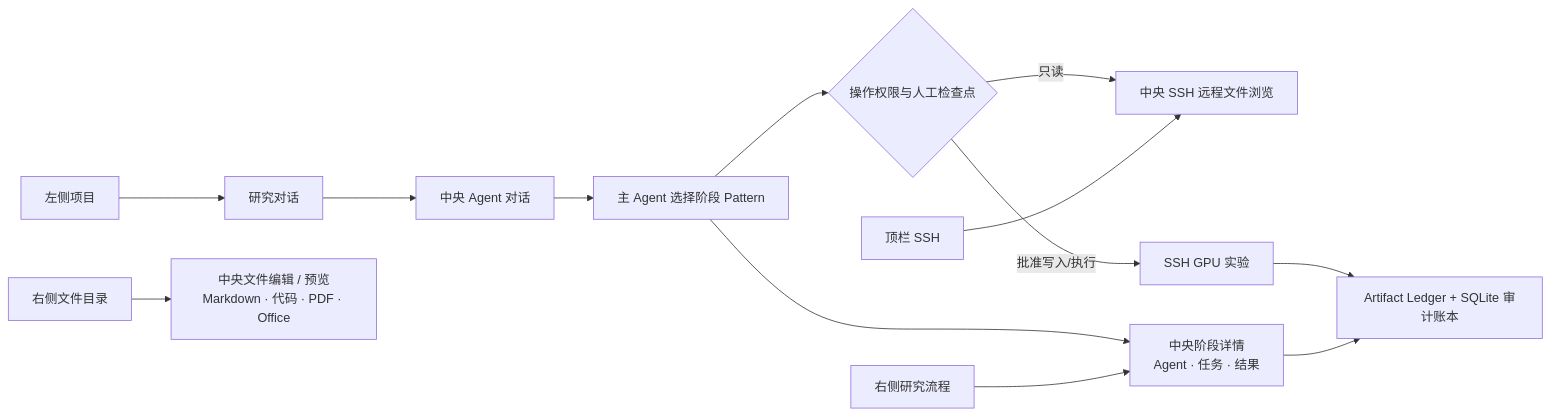
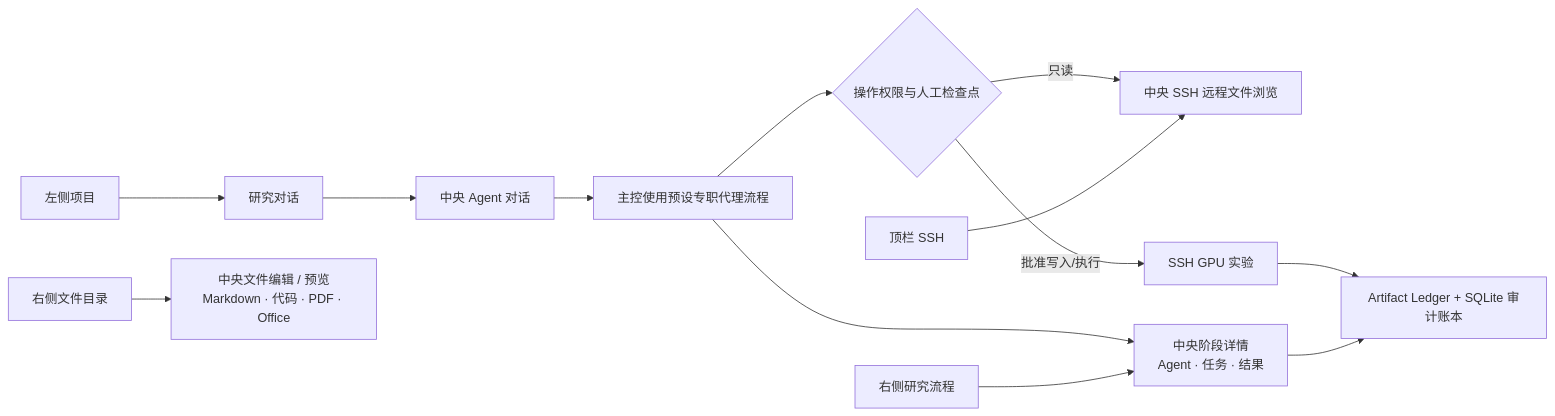
The second of 4 diagrams in README.md (OpenMedAILab/oph-autoresearch), drawn with Mermaid before and after one commit. The commit also changed other lines of this file and 49 other files, not shown here.

````diff
--- a/README.md
+++ b/README.md
@@ -51,15 +49,15 @@
 ```mermaid
 flowchart LR
     P["左侧项目"] --> C["研究对话"]
     C --> A["中央 Agent 对话"]
     F["右侧文件目录"] --> V["中央文件编辑 / 预览<br/>Markdown · 代码 · PDF · Office"]
     H["顶栏 SSH"] --> S["中央 SSH 远程文件浏览"]
     R["右侧研究流程"] --> W["中央阶段详情<br/>Agent · 任务 · 结果"]
-    A --> O["主 Agent 选择阶段 Pattern"]
+    A --> O["主控使用预设专职代理流程"]
     O --> W
     O --> T{"操作权限与人工检查点"}
     T -->|只读| S
     T -->|批准写入/执行| G["SSH GPU 实验"]
     W --> L["Artifact Ledger + SQLite 审计账本"]
     G --> L
 ```
````
